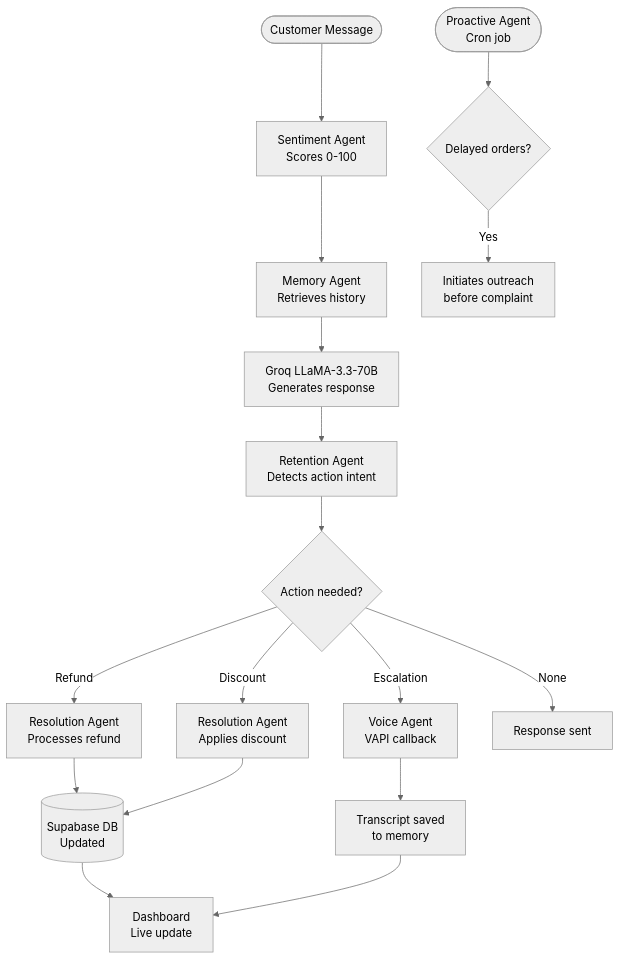
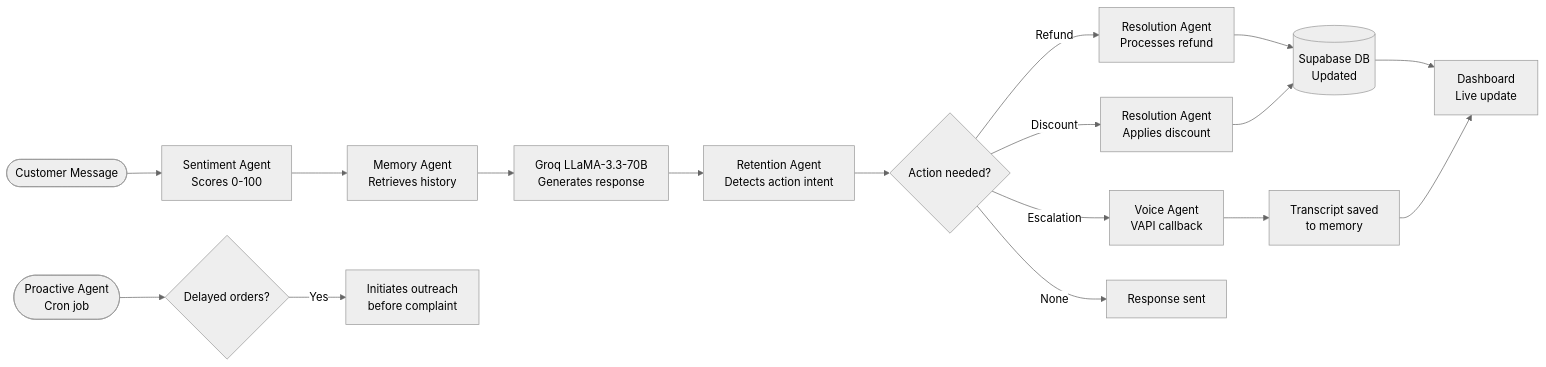
One commit to uttampreet-dev/FirstSignal changed the first of 2 diagrams in README.md. Above: the diagram before and after it, drawn with Mermaid (neutral theme).

````diff
--- a/README.md
+++ b/README.md
@@ -108,20 +108,20 @@
 ```mermaid
-flowchart TD
+flowchart LR
     A([Customer Message]) --> B[Sentiment Agent\nScores 0-100]
     B --> C[Memory Agent\nRetrieves history]
     C --> D[Groq LLaMA-3.3-70B\nGenerates response]
     D --> E[Retention Agent\nDetects action intent]
     E --> F{Action needed?}
     F -->|Refund| G[Resolution Agent\nProcesses refund]
     F -->|Discount| H[Resolution Agent\nApplies discount]
     F -->|Escalation| I[Voice Agent\nVAPI callback]
     F -->|None| J[Response sent]
     G --> K[(Supabase DB\nUpdated)]
     H --> K
     I --> L[Transcript saved\nto memory]
     K --> M[Dashboard\nLive update]
     L --> M
     
     N([Proactive Agent\nCron job]) --> O{Delayed orders?}
     O -->|Yes| P[Initiates outreach\nbefore complaint]
 ```
````
